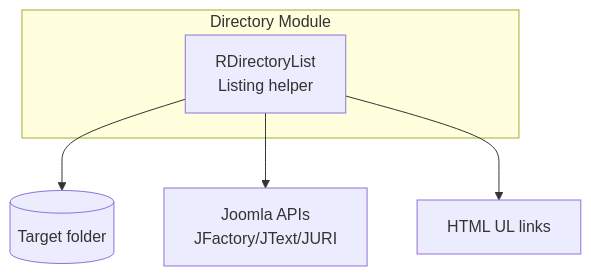
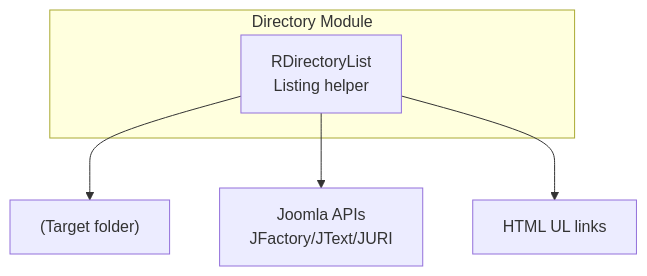
Before and after one commit to pauljrhodes/ramblers-library: the first of 2 diagrams in directory/HLD.md, drawn with Mermaid. The commit also changed other lines of this file and 33 other files, not shown here.

First line of the commit message:
Normalize Mermaid diagrams for GitHub rendering (#13)

````diff
--- a/directory/HLD.md
+++ b/directory/HLD.md
@@ -13,14 +13,14 @@
 ```mermaid
 flowchart TB
     subgraph Directory["Directory Module"]
-        RDirectoryList[RDirectoryList<br/>Listing helper]
+        RDirectoryList["RDirectoryList<br/>Listing helper"]
     end
 
-    Filesystem[(Target folder)]
-    Joomla[Joomla APIs<br/>JFactory/JText/JURI]
+    Filesystem["(Target folder)"]
+    Joomla["Joomla APIs<br/>JFactory/JText/JURI"]
     Output[HTML UL links]
 
     RDirectoryList --> Filesystem
     RDirectoryList --> Joomla
     RDirectoryList --> Output
 ```
````
